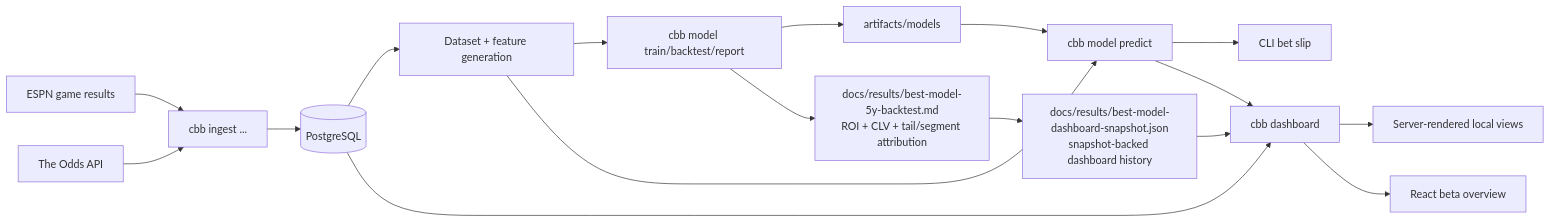
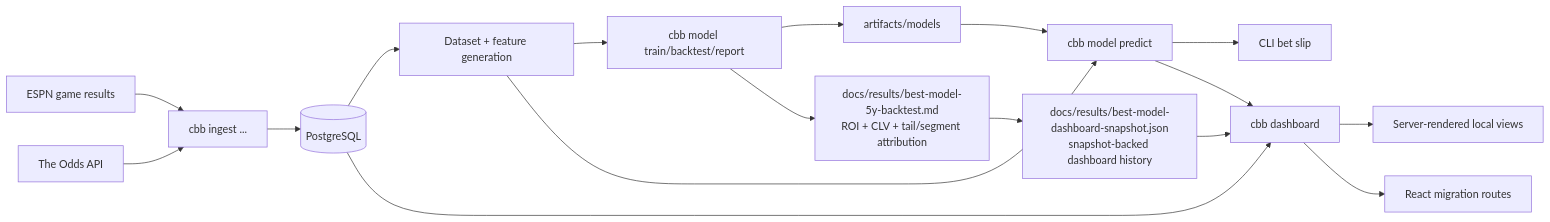
The diagram in cbb-upsets/docs/architecture.md (tomwalsh421-lang/maumau), drawn with Mermaid before and after one commit. The commit also changed other lines of this file and 7 other files, not shown here.

````diff
--- a/cbb-upsets/docs/architecture.md
+++ b/cbb-upsets/docs/architecture.md
@@ -31,33 +31,33 @@
 ```mermaid
 flowchart LR
     ESPN[ESPN game results]
     Odds[The Odds API]
     Ingest[cbb ingest ...]
     PG[(PostgreSQL)]
     Features[Dataset + feature generation]
     Train[cbb model train/backtest/report]
     Predict[cbb model predict]
     UI[cbb dashboard]
     Artifacts[artifacts/models]
     Report[docs/results/best-model-5y-backtest.md<br/>ROI + CLV + tail/segment attribution]
     Snapshot[docs/results/best-model-dashboard-snapshot.json<br/>snapshot-backed dashboard history]
     Slip[CLI bet slip]
     Views[Server-rendered local views]
 
     ESPN --> Ingest
     Odds --> Ingest
     Ingest --> PG
     PG --> Features
     Features --> Train
     Features --> Predict
     Train --> Artifacts
     Train --> Report
     Report --> Snapshot
     Artifacts --> Predict
     Predict --> Slip
     Snapshot --> UI
     Predict --> UI
     PG --> UI
     UI --> Views
-    UI --> ReactBeta[React beta overview]
+    UI --> ReactClient[React migration routes]
 ```
````
